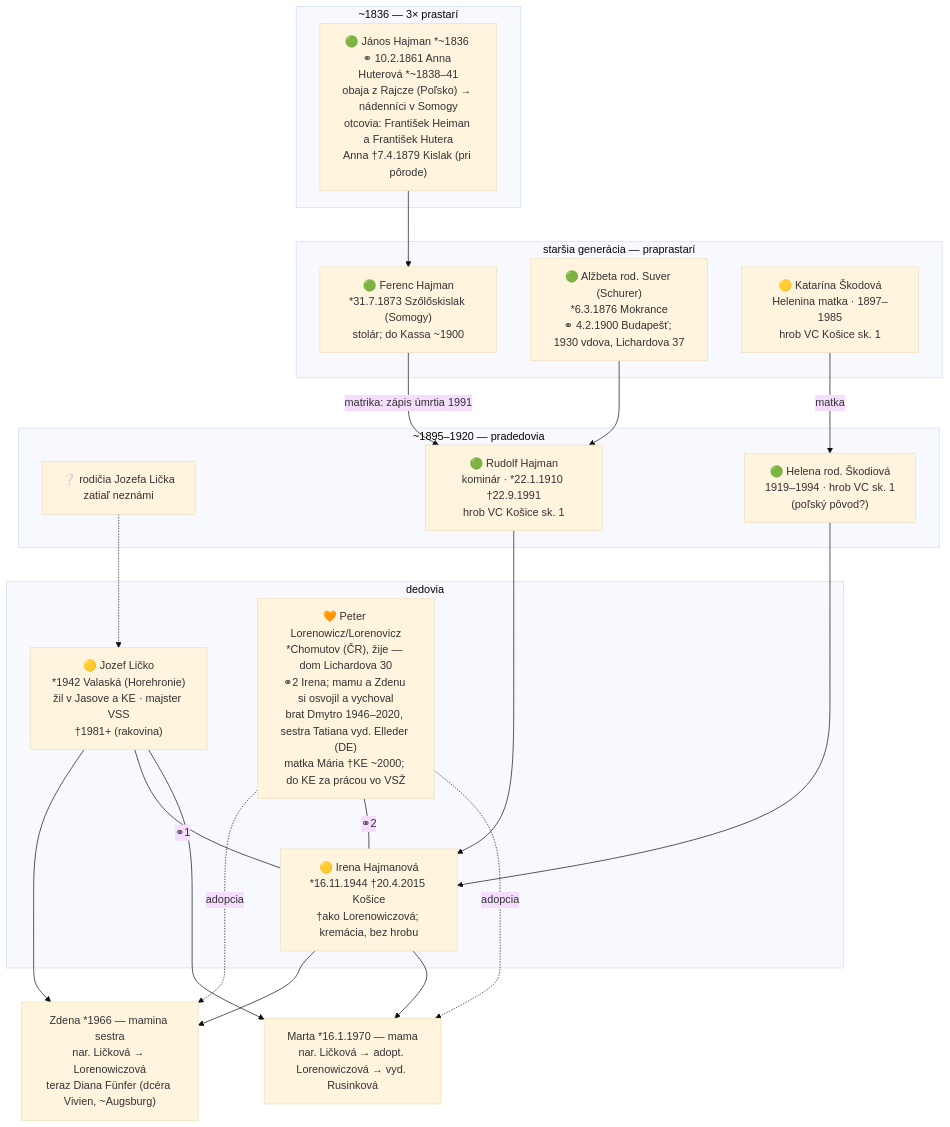
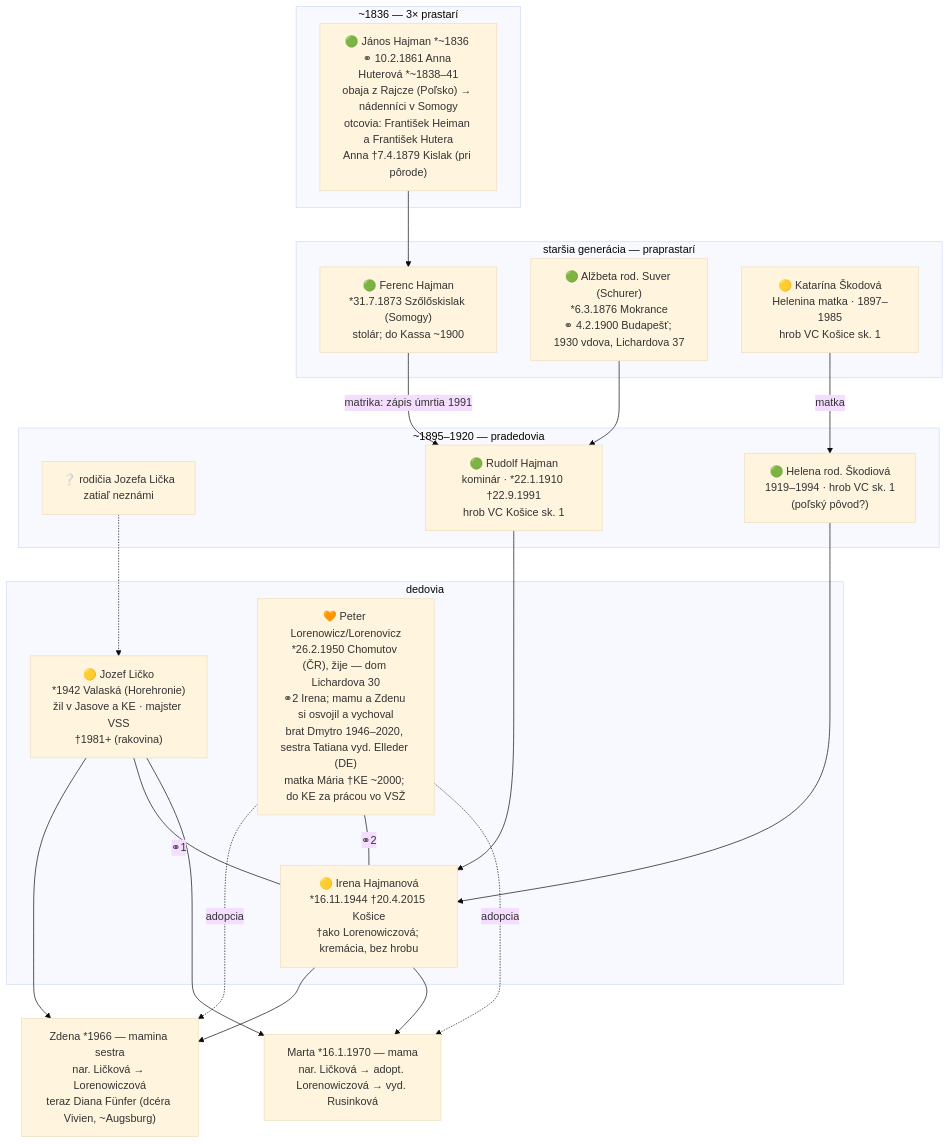
One commit to vrusi/genealogia changed the second of 6 diagrams in docs/rodokmen.md. Above: the diagram before and after it, drawn with Mermaid (base theme). The commit also changed other lines of this file and 8 other files, not shown here.

````diff
--- a/docs/rodokmen.md
+++ b/docs/rodokmen.md
@@ -102,39 +102,39 @@
 ```mermaid
 graph TD
   subgraph mgen5["~1836 — 3× prastarí"]
     JHAH["🟢 János Hajman *~1836 ⚭ 10.2.1861 Anna Huterová *~1838–41<br>obaja z Rajcze (Poľsko) → nádenníci v Somogy<br>otcovia: František Heiman a František Hutera<br>Anna †7.4.1879 Kislak (pri pôrode)"]
   end
   subgraph mgen4["staršia generácia — praprastarí"]
     FH["🟢 Ferenc Hajman<br>*31.7.1873 Szőlőskislak (Somogy)<br>stolár; do Kassa ~1900"]
     ASch["🟢 Alžbeta rod. Suver (Schurer)<br>*6.3.1876 Mokrance<br>⚭ 4.2.1900 Budapešť; 1930 vdova, Lichardova 37"]
     KS["🟡 Katarína Škodová<br>Helenina matka · 1897–1985<br>hrob VC Košice sk. 1"]
   end
   subgraph mgen3["~1895–1920 — pradedovia"]
     LX["❔ rodičia Jozefa Lička<br>zatiaľ neznámi"]
     RH["🟢 Rudolf Hajman<br>kominár · *22.1.1910 †22.9.1991<br>hrob VC Košice sk. 1"]
     HS["🟢 Helena rod. Škodiová<br>1919–1994 · hrob VC sk. 1<br>(poľský pôvod?)"]
   end
   subgraph mgen2["dedovia"]
     JL["🟡 Jozef Ličko<br>*1942 Valaská (Horehronie)<br>žil v Jasove a KE · majster VSS<br>†1981+ (rakovina)"]
     IH["🟡 Irena Hajmanová<br>*16.11.1944 †20.4.2015 Košice<br>†ako Lorenowiczová; kremácia, bez hrobu"]
-    PL["🧡 Peter Lorenowicz/Lorenovicz<br>*Chomutov (ČR), žije — dom Lichardova 30<br>⚭2 Irena; mamu a Zdenu si osvojil a vychoval<br>brat Dmytro 1946–2020, sestra Tatiana vyd. Elleder (DE)<br>matka Mária †KE ~2000; do KE za prácou vo VSŽ"]
+    PL["🧡 Peter Lorenowicz/Lorenovicz<br>*26.2.1950 Chomutov (ČR), žije — dom Lichardova 30<br>⚭2 Irena; mamu a Zdenu si osvojil a vychoval<br>brat Dmytro 1946–2020, sestra Tatiana vyd. Elleder (DE)<br>matka Mária †KE ~2000; do KE za prácou vo VSŽ"]
   end
   ML["Marta *16.1.1970 — mama<br>nar. Ličková → adopt. Lorenowiczová → vyd. Rusinková"]
   ZD["Zdena *1966 — mamina sestra<br>nar. Ličková → Lorenowiczová<br>teraz Diana Fünfer (dcéra Vivien, ~Augsburg)"]
 
   JHAH --> FH
   FH -->|matrika: zápis úmrtia 1991| RH
   ASch --> RH
   KS -->|matka| HS
   JL --> ZD
   IH --> ZD
   PL -.->|adopcia| ZD
   LX -.-> JL
   RH --> IH
   HS --> IH
   JL ---|⚭1| IH
   PL ---|⚭2| IH
   JL --> ML
   IH --> ML
   PL -.->|adopcia| ML
 ```
````
